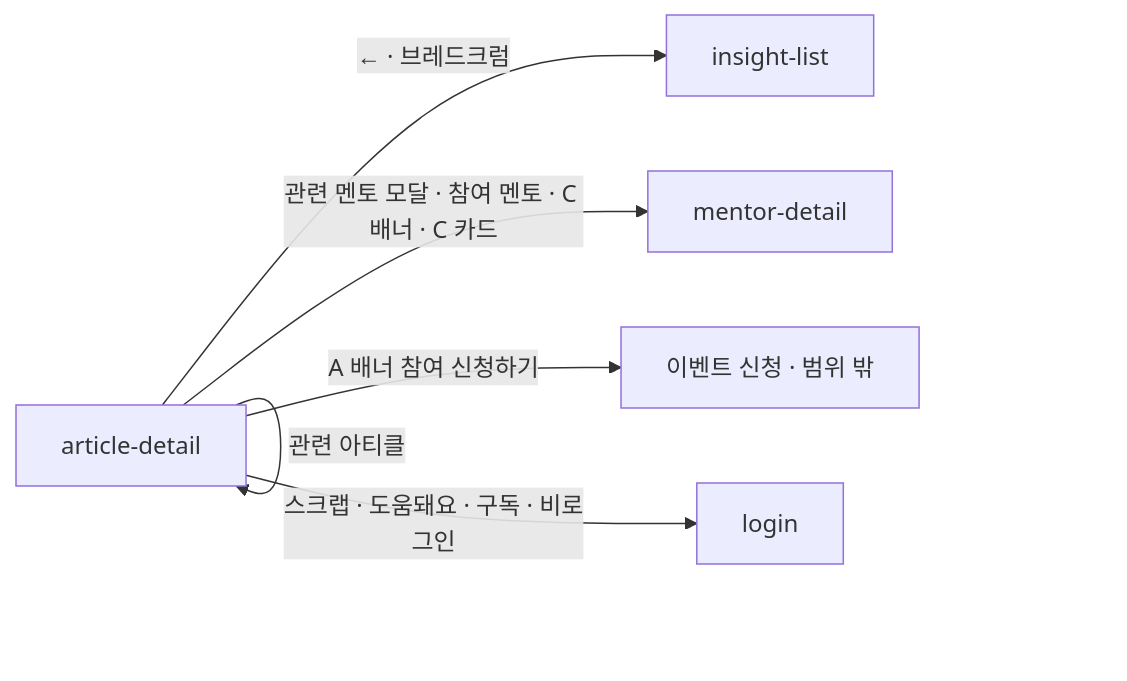
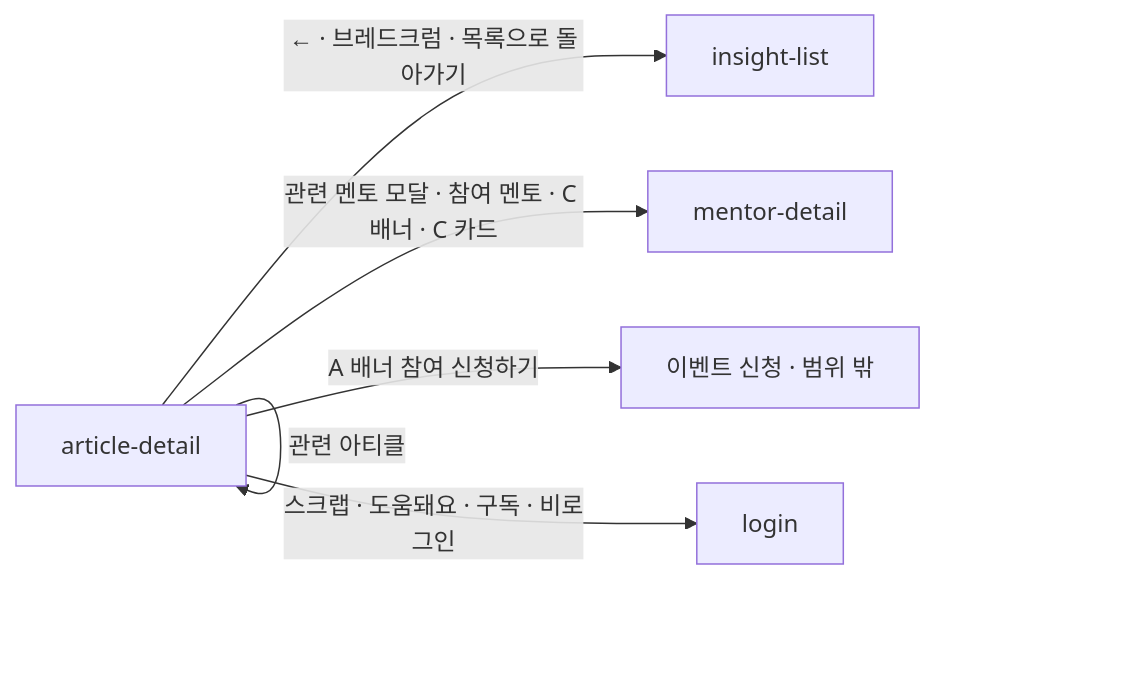
The diagram in design/screens/article-detail/UI-SPEC.md (jisoo-y-mentree/mentree2-pd-fe), drawn with Mermaid before and after one commit. The commit also changed other lines of this file and 4 other files, not shown here.

First line of the commit message:
article-detail: 배너 아래 「목록으로 돌아가기」 · 추천 4장은 모바일에서 옆으로 — P-05

````diff
--- a/design/screens/article-detail/UI-SPEC.md
+++ b/design/screens/article-detail/UI-SPEC.md
@@ -172,13 +175,13 @@
 ```mermaid
 flowchart LR
   ad["article-detail"]
   il["insight-list"]
   md["mentor-detail"]
   ev["이벤트 신청 · 범위 밖"]
   login["login"]
-  ad -->|"← · 브레드크럼"| il
+  ad -->|"← · 브레드크럼 · 목록으로 돌아가기"| il
   ad -->|"관련 아티클"| ad
   ad -->|"관련 멘토 모달 · 참여 멘토 · C 배너 · C 카드"| md
   ad -->|"A 배너 참여 신청하기"| ev
   ad -->|"스크랩 · 도움돼요 · 구독 · 비로그인"| login
 ```
````
